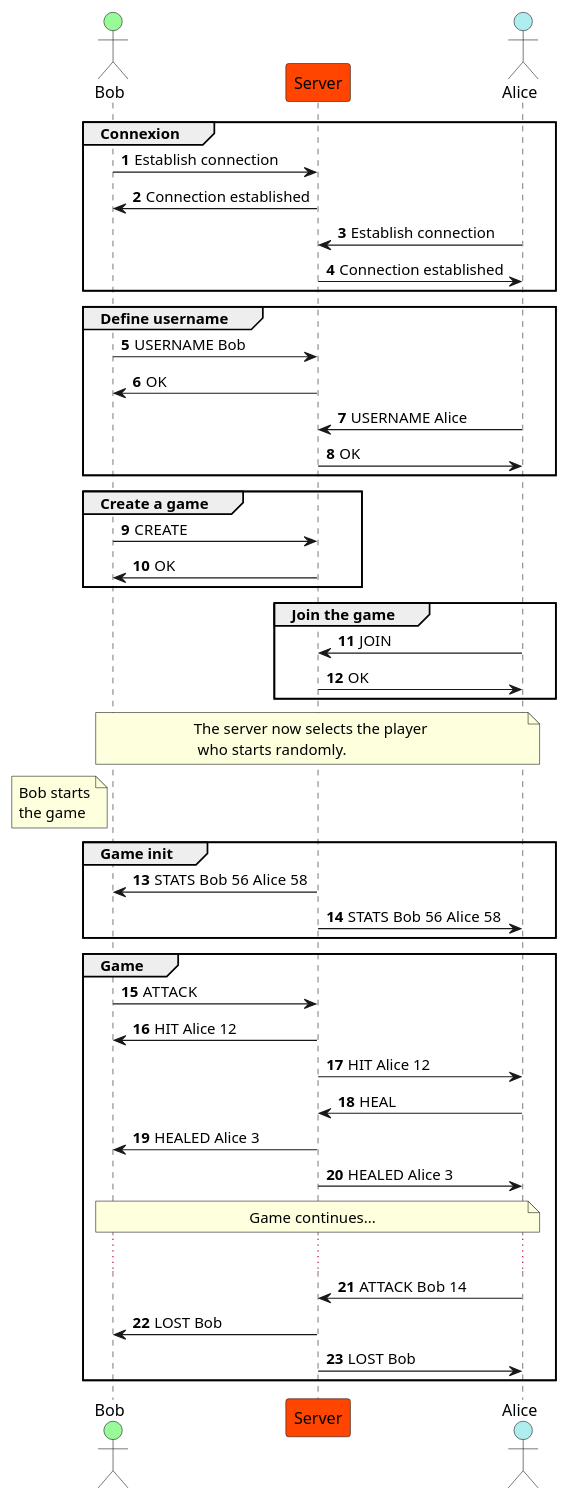
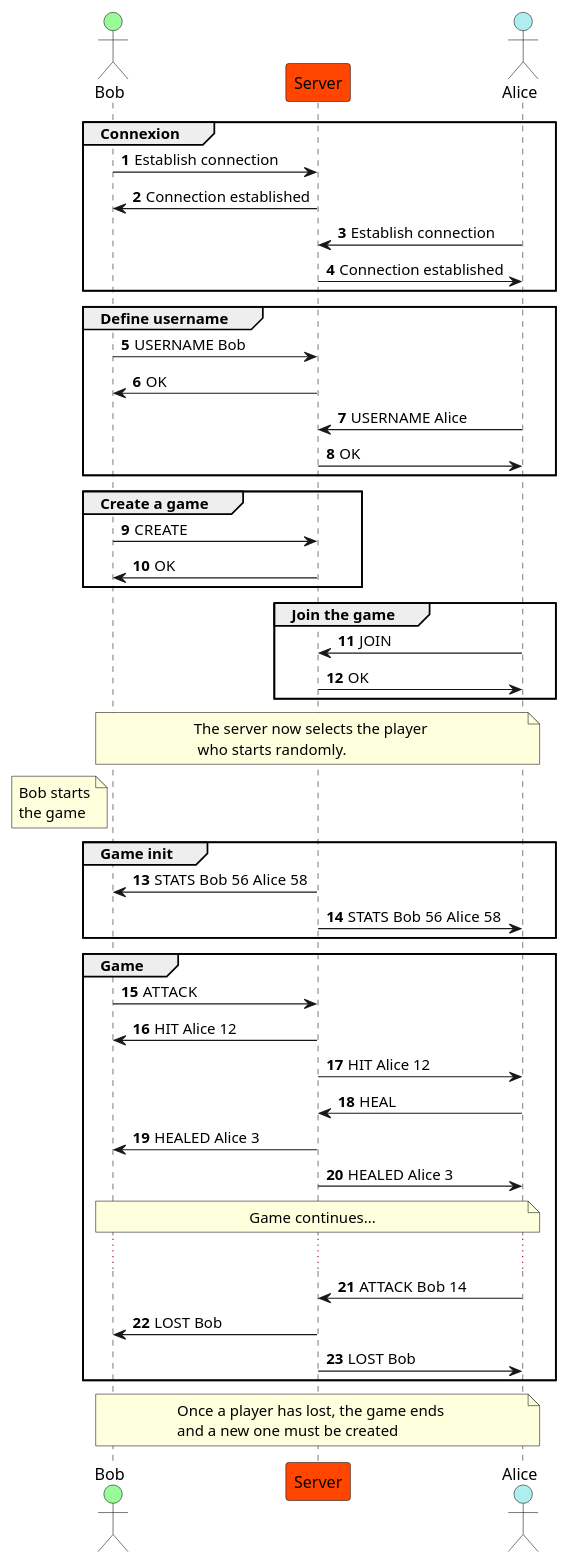
One commit to Schokiiiiiiii/DAI-Practical-work-2 changed the diagram in docs/functional_example.puml. Above: the diagram before and after it, drawn with PlantUML.

Commit message:
Added note to precise that a new game must be created at the end

```diff
--- a/docs/functional_example.puml
+++ b/docs/functional_example.puml
@@ -1,76 +1,78 @@
 @startuml functional_example
 
 /'
 https://github.com/heig-vd-dai-course/heig-vd-dai-course/blob/main/06.01-define-an-application-protocol/03-solution/01-guess-the-number-game/README.md
 '/
 
 actor Bob as Player1 #PaleGreen
 Participant Server #OrangeRed
 actor Alice as Player2 #PaleTurquoise
 
 
 autonumber
 
 group Connexion
     Player1 -> Server : Establish connection
     Server -> Player1 : Connection established
     Player2 -> Server : Establish connection
     Server -> Player2 : Connection established
 end
 
 group Define username
     Player1 -> Server : USERNAME Bob
     Server -> Player1 : OK
     Player2 -> Server : USERNAME Alice
     Server -> Player2 : OK
 end
 
 group Create a game
     Player1 -> Server : CREATE
     Server -> Player1 : OK
 end
 
 group Join the game
     Player2 -> Server : JOIN 
     Server -> Player2 : OK
 end
 
 note across : The server now selects the player \n who starts randomly.
 
 note left of Player1
     Bob starts
     the game
 endnote
 
 group Game init
     Server -> Player1 : STATS Bob 56 Alice 58
     Server -> Player2 : STATS Bob 56 Alice 58
 end
 
 group Game
     Player1 -> Server : ATTACK
     Server -> Player1 : HIT Alice 12
     Server -> Player2 : HIT Alice 12
     Player2 -> Server : HEAL
     Server -> Player1 : HEALED Alice 3
     Server -> Player2 : HEALED Alice 3
     note across : Game continues...
     ...
 
     Player2 -> Server : ATTACK Bob 14
     Server -> Player1 : LOST Bob
     Server -> Player2 : LOST Bob
 
 end
 
+note across : Once a player has lost, the game ends \nand a new one must be created
+
 /'
 loop 
     Server -> Player1
 end
 
 note right of Player2
     help
 endnote
 '/
 
 @endum
```
